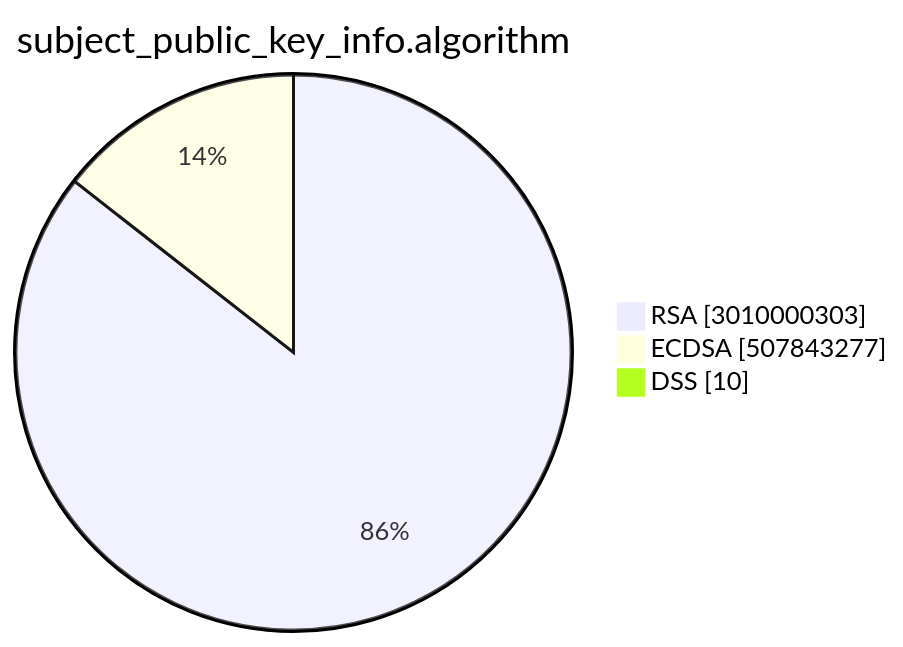
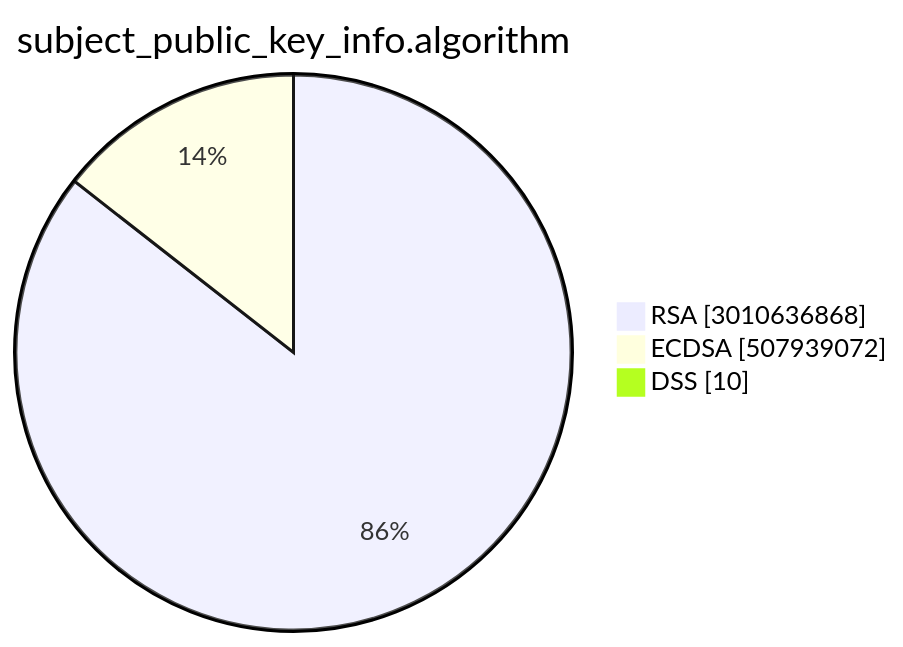
The second of 15 diagrams in TOTAL/README.md (christiankrug/ctmonitor_visualization), drawn with Mermaid before and after one commit. The commit also changed other lines of this file, not shown here.

````diff
--- a/TOTAL/README.md
+++ b/TOTAL/README.md
@@ -6,7 +6,7 @@
 ```mermaid
 pie showData
 title subject_public_key_info.algorithm
-"RSA" :3010000303
-"ECDSA" :507843277
+"RSA" :3010636868
+"ECDSA" :507939072
 "DSS" :10
 ```
````
